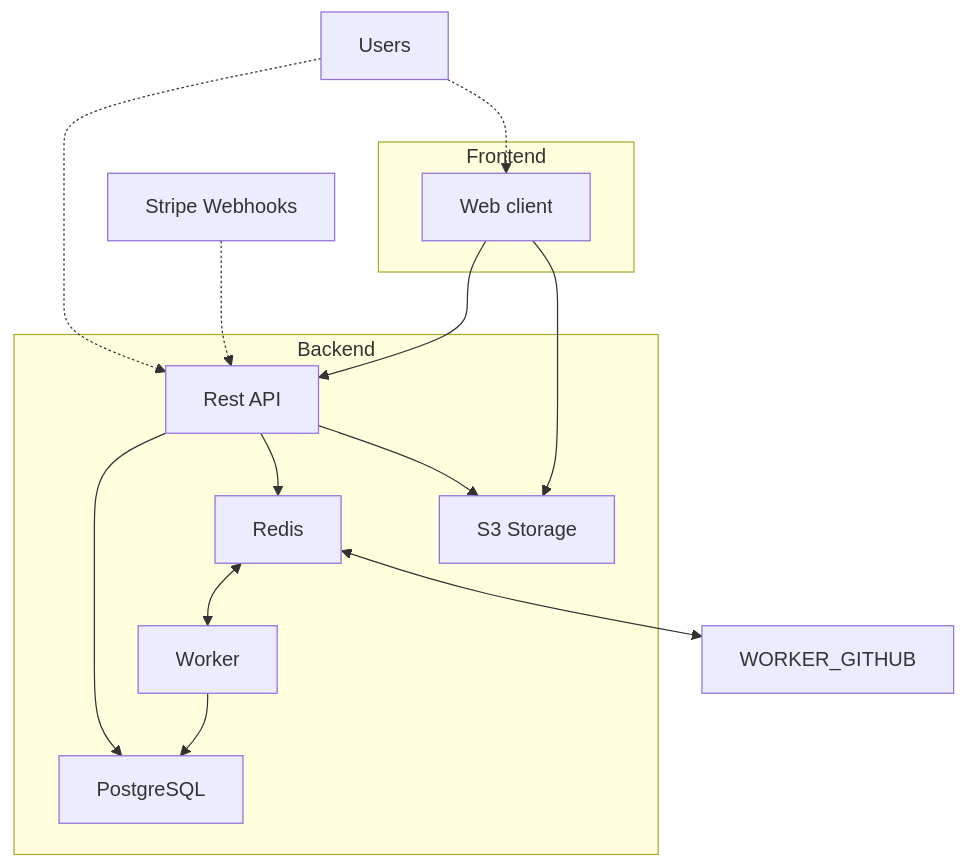
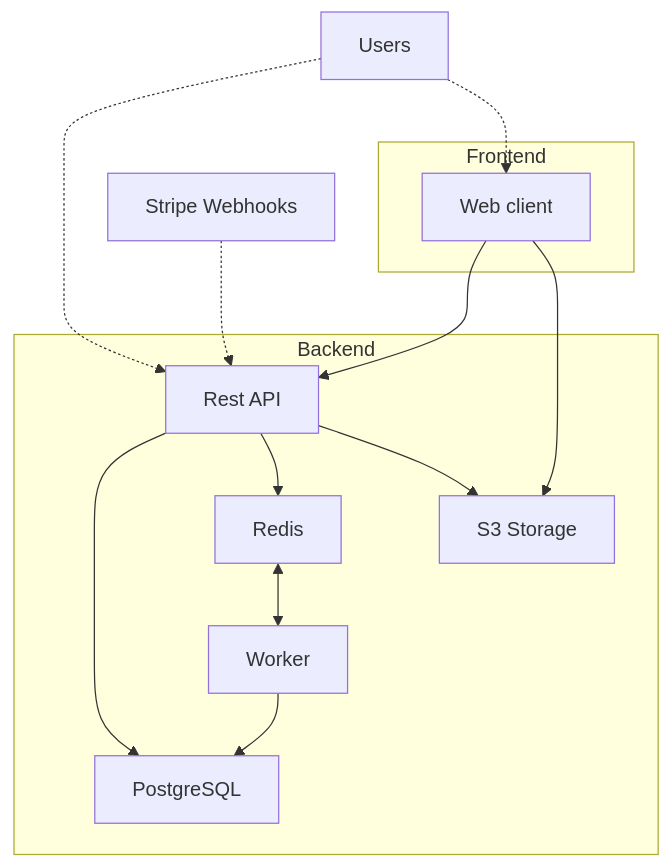
The diagram in DEVELOPMENT.md (polarsource/polar), drawn with Mermaid before and after one commit. The commit also changed other lines of this file, not shown here.

Commit message:
docs: remove stale WORKER_GITHUB references from DEVELOPMENT.md

````diff
--- a/DEVELOPMENT.md
+++ b/DEVELOPMENT.md
@@ -11,28 +11,27 @@
 ```mermaid
 flowchart TD
     subgraph "Backend"
         API["Rest API"]
         POSTGRESQL["PostgreSQL"]
         REDIS["Redis"]
         S3["S3 Storage"]
         WORKER["Worker"]
     end
     subgraph "Frontend"
         WEB["Web client"]
     end
     STRIPE_WH["Stripe Webhooks"]
     USERS["Users"]
 
     WEB --> API
     API --> POSTGRESQL
     API --> REDIS
     REDIS <--> WORKER
-    REDIS <--> WORKER_GITHUB
     WORKER --> POSTGRESQL
     API --> S3
     WEB --> S3
 
     STRIPE_WH -.-> API
     USERS -.-> API
     USERS -.-> WEB
 ```
````
